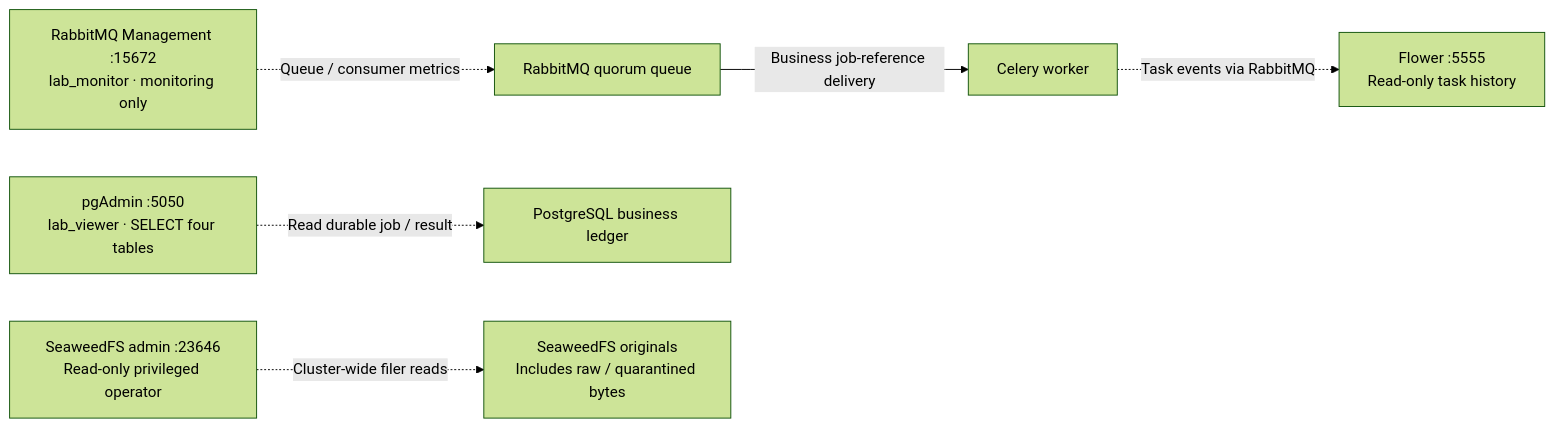
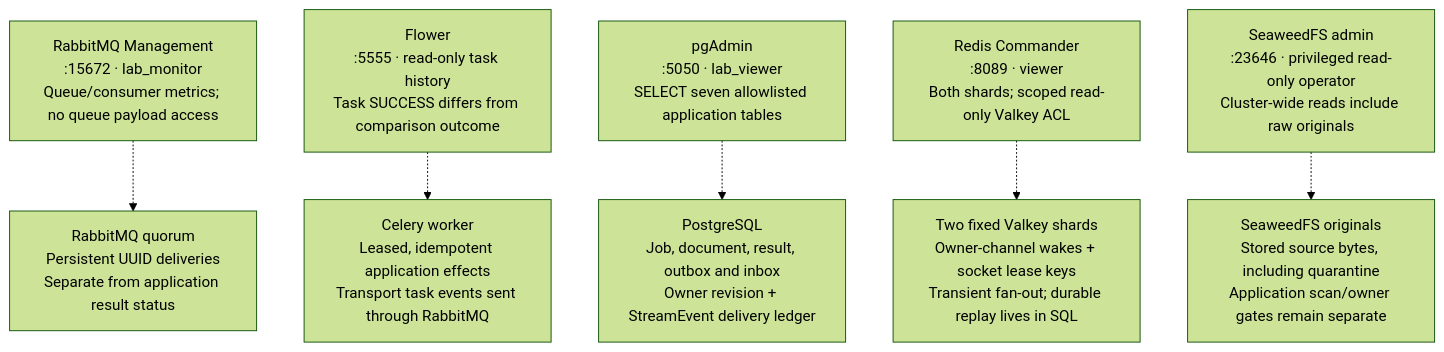
One commit to junrillg/resume-match-bedrock changed the diagram in docs/assets/service-inspection.mmd. Above: the diagram before and after it, drawn with Mermaid (forest theme). The commit also changed 55 other files, not shown here.

```diff
--- a/docs/assets/service-inspection.mmd
+++ b/docs/assets/service-inspection.mmd
@@ -1,11 +1,19 @@
-%% Local inspection boundary; service-inspection.svg is the accessible publication layout.
-flowchart LR
-  accTitle: Inspect local service boundaries
-  accDescr: RabbitMQ delivers UUID tasks to Celery while distinct authenticated local viewers inspect broker, task events, database rows and object storage. OpenObserve and clamdtop cover process and scanner diagnostics.
-  Q["RabbitMQ quorum queue"] -->|"Business job-reference delivery"| W["Celery worker"]
-  RM["RabbitMQ Management :15672<br/>lab_monitor · monitoring only"] -. "Queue / consumer metrics" .-> Q
-  W -. "Task events via RabbitMQ" .-> F["Flower :5555<br/>Read-only task history"]
-  PG["pgAdmin :5050<br/>lab_viewer · SELECT four tables"] -. "Read durable job / result" .-> DB["PostgreSQL business ledger"]
-  SV["SeaweedFS admin :23646<br/>Read-only privileged operator"] -. "Cluster-wide filer reads" .-> OBJ["SeaweedFS originals<br/>Includes raw / quarantined bytes"]
-  %% OpenObserve correlates API/relay/worker/provider events; clamdtop observes scanner queue/signatures.
-  %% All web viewer listeners bind 127.0.0.1. Task SUCCESS does not imply comparison success.
+%% Logical companion to the native SVG; generated from the same service/edge definitions.
+flowchart TB
+  accTitle: Inspect the local runtime
+  accDescr: RabbitMQ Management inspects queue metrics, Flower observes transport task events, pgAdmin reads seven allowlisted application tables, Redis Commander inspects both Valkey shards, and the storage admin can read privileged original bytes. OpenObserve correlates safe lifecycle and delivery metadata.
+  Queue["RabbitMQ quorum<br/>Persistent UUID deliveries<br/>Separate from application result status"]
+  BrokerView["RabbitMQ Management<br/>:15672 · lab_monitor<br/>Queue/consumer metrics; no queue payload access"]
+  Worker["Celery worker<br/>Leased, idempotent application effects<br/>Transport task events sent through RabbitMQ"]
+  Flower["Flower<br/>:5555 · read-only task history<br/>Task SUCCESS differs from comparison outcome"]
+  DB["PostgreSQL<br/>Job, document, result, outbox and inbox<br/>Owner revision + StreamEvent delivery ledger"]
+  PG["pgAdmin<br/>:5050 · lab_viewer<br/>SELECT seven allowlisted application tables"]
+  Cache["Two fixed Valkey shards<br/>Owner-channel wakes + socket lease keys<br/>Transient fan-out; durable replay lives in SQL"]
+  CacheView["Redis Commander<br/>:8089 · viewer<br/>Both shards; scoped read-only Valkey ACL"]
+  Original["SeaweedFS originals<br/>Stored source bytes, including quarantine<br/>Application scan/owner gates remain separate"]
+  StorageView["SeaweedFS admin<br/>:23646 · privileged read-only operator<br/>Cluster-wide reads include raw originals"]
+  BrokerView -.-> Queue
+  Flower -.-> Worker
+  PG -.-> DB
+  CacheView -.-> Cache
+  StorageView -.-> Original
```
